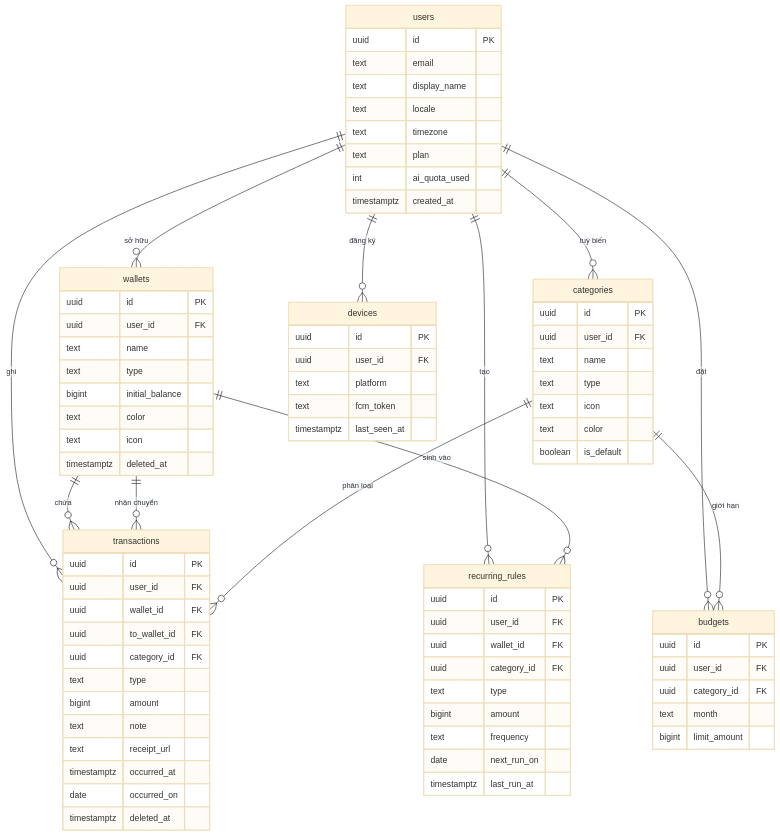
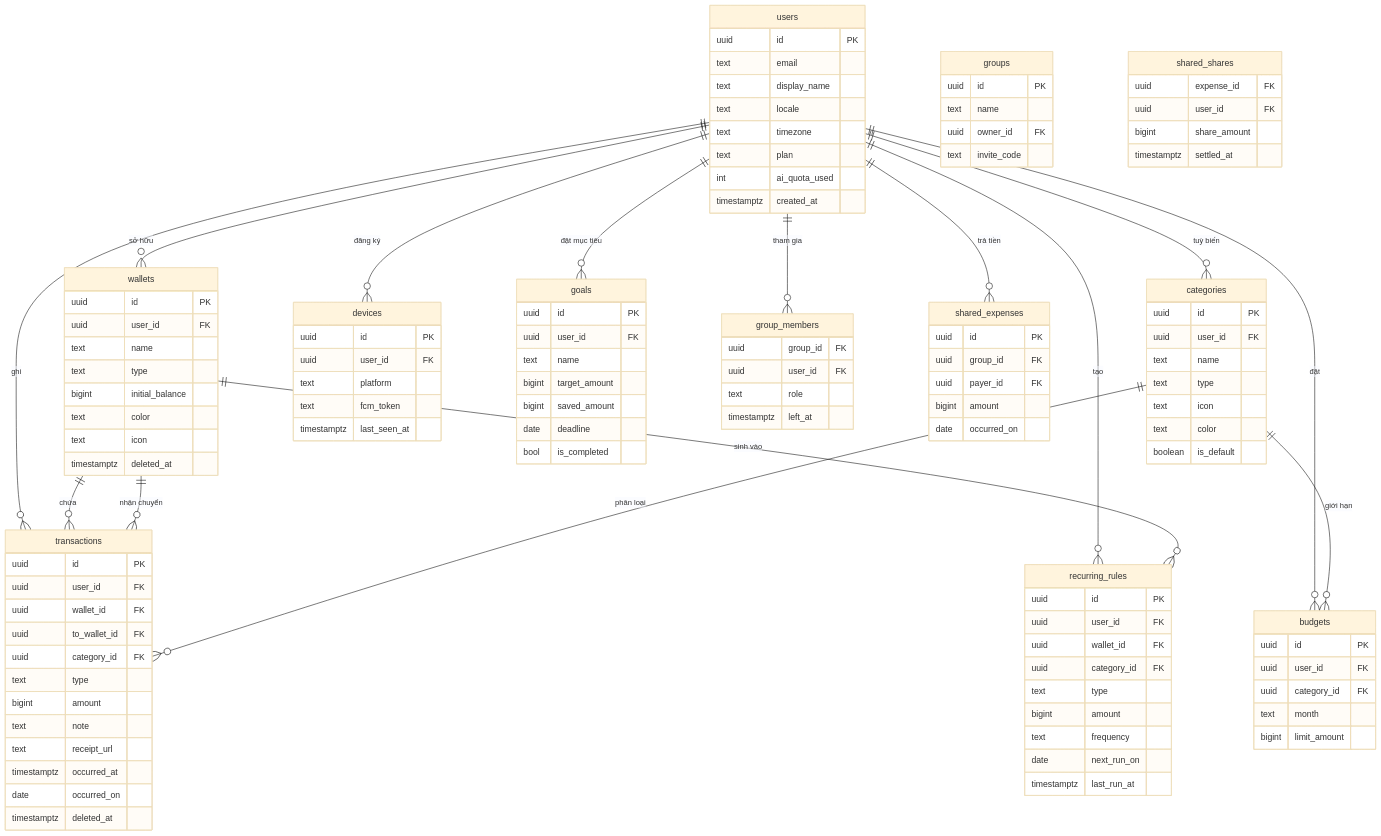
The eighth of 10 diagrams in docs/system-design/00-architecture.md (ThanhBinhITDev/quan-ly-chi-tieu-va-thu-nhap-ca-nhan), drawn with Mermaid (base theme) before and after one commit. The commit also changed other lines of this file and 9 other files, not shown here.

```diff
--- a/docs/system-design/00-architecture.md
+++ b/docs/system-design/00-architecture.md
@@ -368,6 +369,9 @@
     users ||--o{ budgets : "đặt"
     users ||--o{ recurring_rules : "tạo"
     users ||--o{ devices : "đăng ký"
+    users ||--o{ goals : "đặt mục tiêu"
+    users ||--o{ group_members : "tham gia"
+    users ||--o{ shared_expenses : "trả tiền"
 
     wallets ||--o{ transactions : "chứa"
     wallets ||--o{ transactions : "nhận chuyển"
@@ -436,6 +440,40 @@
         date next_run_on
         timestamptz last_run_at
     }
+    goals {
+        uuid id PK
+        uuid user_id FK
+        text name
+        bigint target_amount
+        bigint saved_amount
+        date deadline
+        bool is_completed
+    }
+    groups {
+        uuid id PK
+        text name
+        uuid owner_id FK
+        text invite_code
+    }
+    group_members {
+        uuid group_id FK
+        uuid user_id FK
+        text role
+        timestamptz left_at
+    }
+    shared_expenses {
+        uuid id PK
+        uuid group_id FK
+        uuid payer_id FK
+        bigint amount
+        date occurred_on
+    }
+    shared_shares {
+        uuid expense_id FK
+        uuid user_id FK
+        bigint share_amount
+        timestamptz settled_at
+    }
     devices {
         uuid id PK
         uuid user_id FK
```
